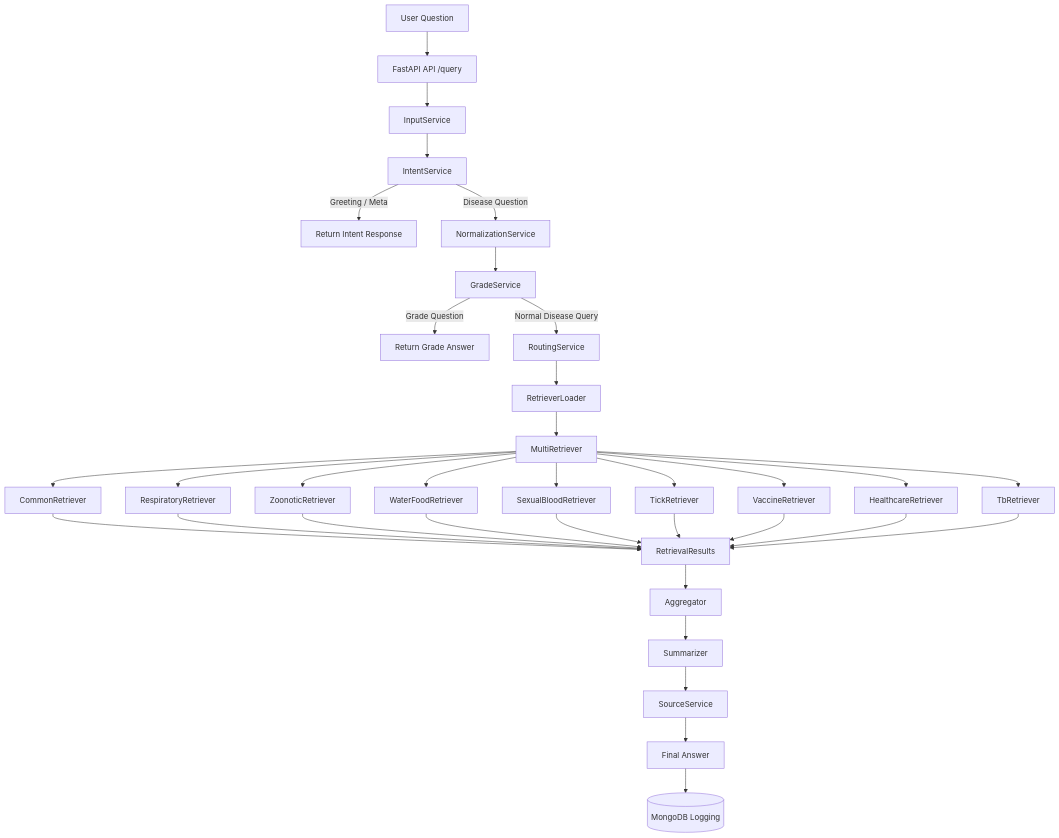
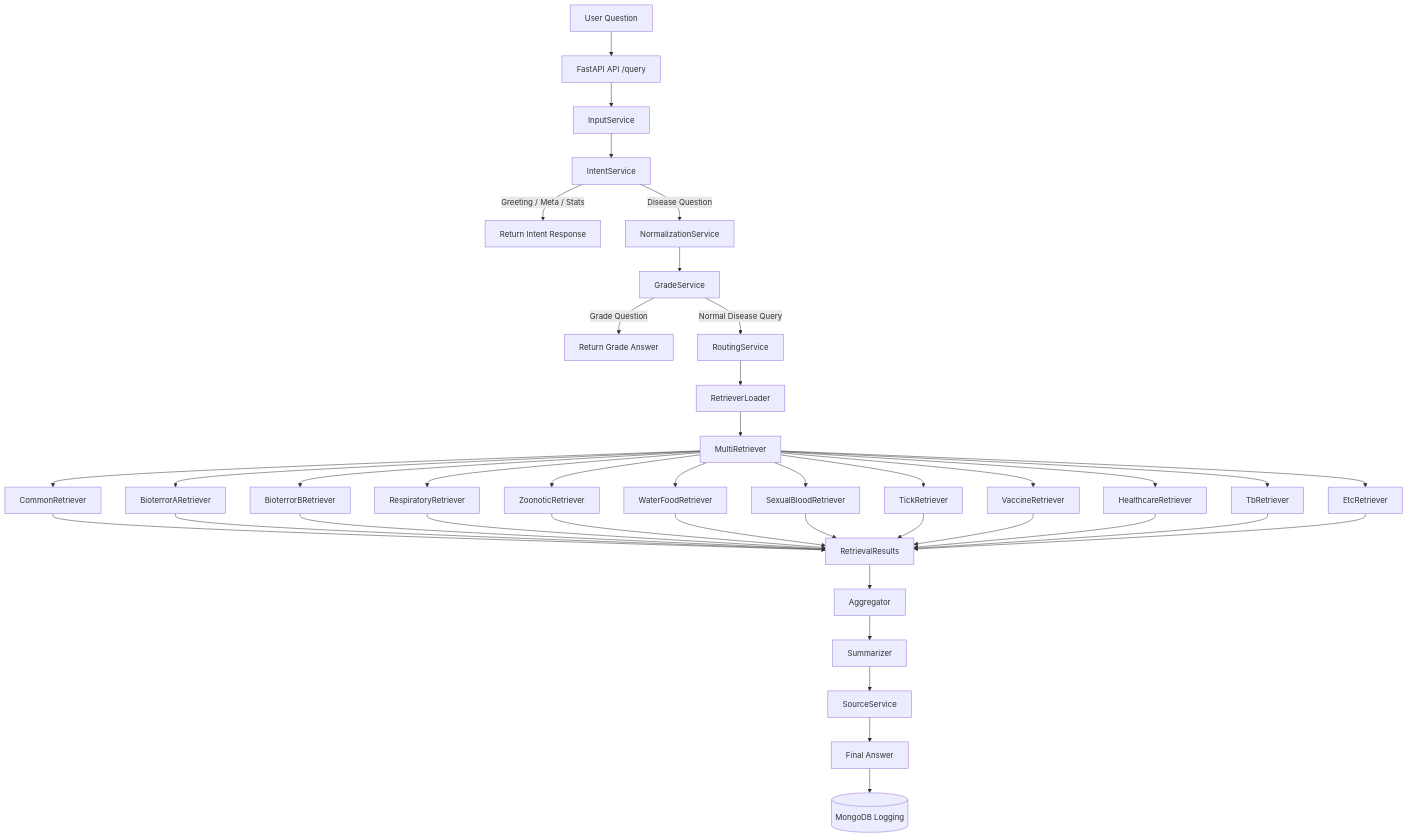
Before and after one commit to dohunhyeong/2025_idbot: the first of 2 diagrams in README.md, drawn with Mermaid. The commit also changed other lines of this file, not shown here.

````diff
--- a/README.md
+++ b/README.md
@@ -31,50 +27,56 @@
 ``` mermaid
 flowchart TD
 
 User[User Question] --> API[FastAPI API /query]
 
 API --> InputService
 InputService --> IntentService
 
-IntentService -->|Greeting / Meta| IntentResponse[Return Intent Response]
+IntentService -->|Greeting / Meta / Stats| IntentResponse[Return Intent Response]
 
 IntentService -->|Disease Question| NormalizationService
 
 NormalizationService --> GradeService
 
 GradeService -->|Grade Question| GradeResponse[Return Grade Answer]
 
 GradeService -->|Normal Disease Query| RoutingService
 
 RoutingService --> RetrieverLoader
 
 RetrieverLoader --> MultiRetriever
 
 MultiRetriever --> CommonRetriever
+MultiRetriever --> BioterrorARetriever
+MultiRetriever --> BioterrorBRetriever
 MultiRetriever --> RespiratoryRetriever
 MultiRetriever --> ZoonoticRetriever
 MultiRetriever --> WaterFoodRetriever
 MultiRetriever --> SexualBloodRetriever
 MultiRetriever --> TickRetriever
 MultiRetriever --> VaccineRetriever
 MultiRetriever --> HealthcareRetriever
 MultiRetriever --> TbRetriever
+MultiRetriever --> EtcRetriever
 
 CommonRetriever --> RetrievalResults
+BioterrorARetriever --> RetrievalResults
+BioterrorBRetriever --> RetrievalResults
 RespiratoryRetriever --> RetrievalResults
 ZoonoticRetriever --> RetrievalResults
 WaterFoodRetriever --> RetrievalResults
 SexualBloodRetriever --> RetrievalResults
 TickRetriever --> RetrievalResults
 VaccineRetriever --> RetrievalResults
 HealthcareRetriever --> RetrievalResults
 TbRetriever --> RetrievalResults
+EtcRetriever --> RetrievalResults
 
 RetrievalResults --> Aggregator
 Aggregator --> Summarizer
 Summarizer --> SourceService
 
 SourceService --> FinalAnswer[Final Answer]
 
 FinalAnswer --> MongoDB[(MongoDB Logging)]
 ```
````
